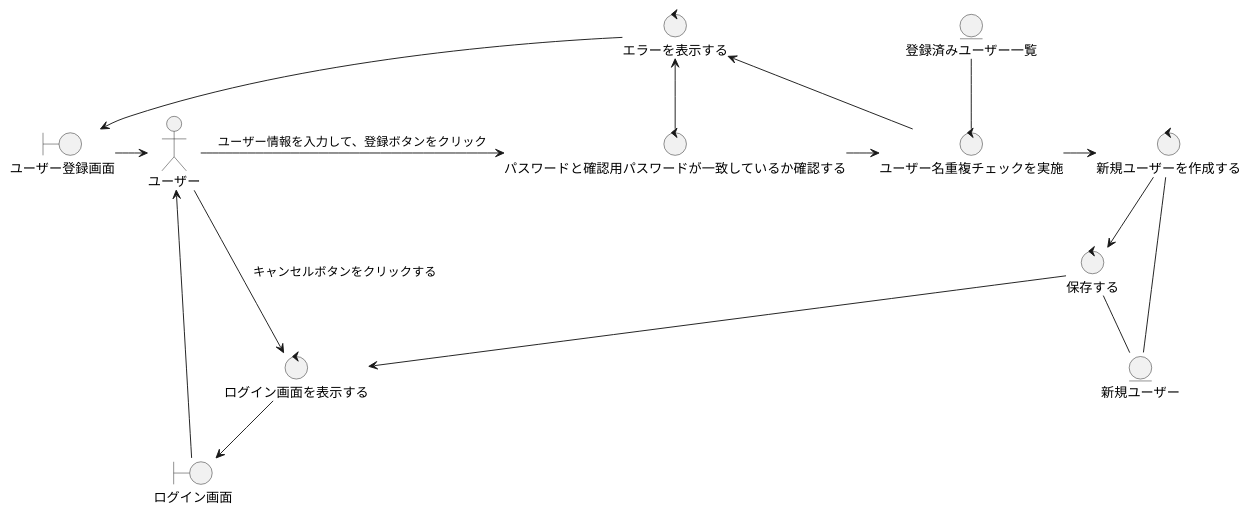
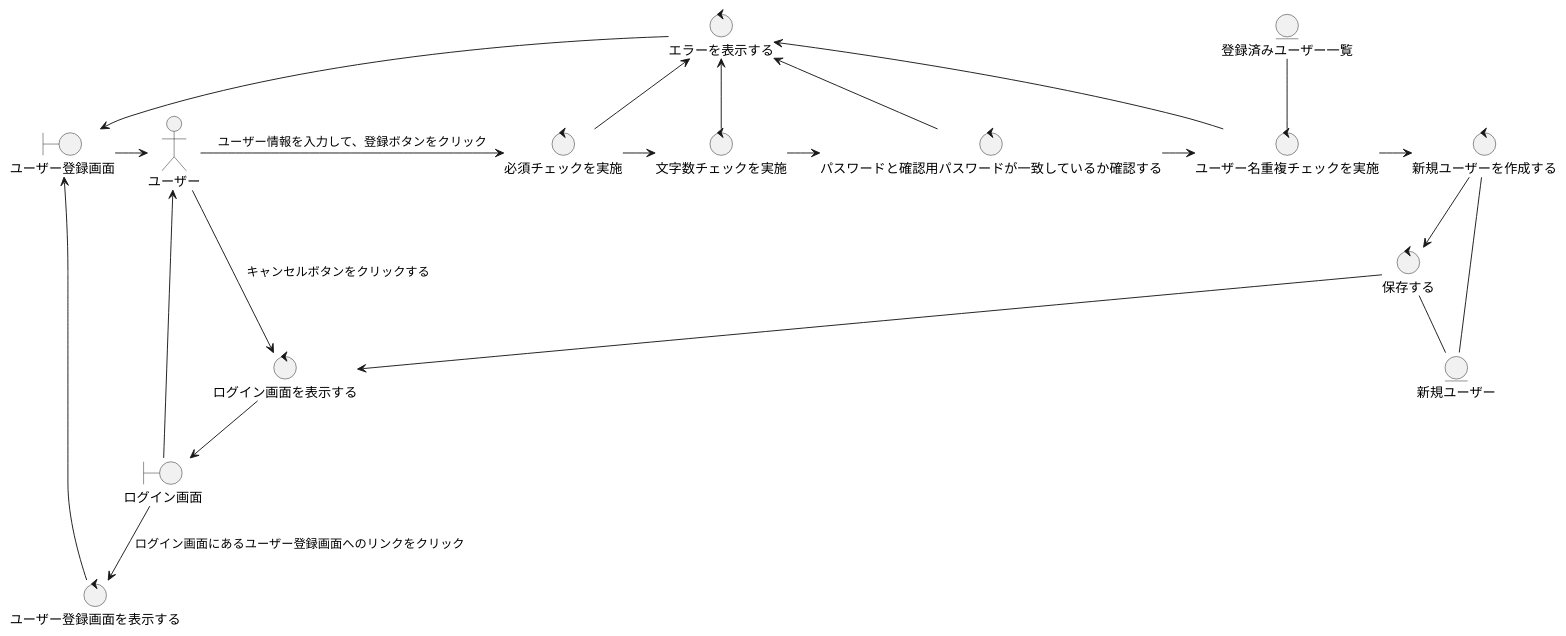
Before and after one commit to CSTSCSTS/UserAp: the diagram in docs/詳細設計/ロバストネス図/ユーザー登録/ユーザー登録する(ロバストネス図).puml, drawn with PlantUML. The commit also changed 1 other file, not shown here.

Commit message:
ユーザー登録のロバストネス図修正を実施

```diff
--- a/docs/詳細設計/ロバストネス図/ユーザー登録/ユーザー登録する(ロバストネス図).puml
+++ b/docs/詳細設計/ロバストネス図/ユーザー登録/ユーザー登録する(ロバストネス図).puml
@@ -1,40 +1,48 @@
 @startuml
 
 actor ユーザー
 
 boundary ログイン画面
 boundary ユーザー登録画面
+control 必須チェックを実施
+control 文字数チェックを実施
 control パスワードと確認用パスワードが一致しているか確認する
 control ユーザー名重複チェックを実施
 control エラーを表示する
 control 新規ユーザーを作成する
 control 保存する
 control エラーを表示する
+control ユーザー登録画面を表示する
 control ログイン画面を表示する
 entity 登録済みユーザー一覧
 entity 新規ユーザー
 
 '基本コース
+ログイン画面 -down-> ユーザー登録画面を表示する: ログイン画面にあるユーザー登録画面へのリンクをクリック
+ユーザー登録画面を表示する -right-> ユーザー登録画面
 ユーザー登録画面 -right-> ユーザー
-ユーザー -right-> パスワードと確認用パスワードが一致しているか確認する: ユーザー情報を入力して、登録ボタンをクリック
+ユーザー -right-> 必須チェックを実施: ユーザー情報を入力して、登録ボタンをクリック
+必須チェックを実施 -right-> 文字数チェックを実施
+文字数チェックを実施 -right-> パスワードと確認用パスワードが一致しているか確認する
 パスワードと確認用パスワードが一致しているか確認する -right-> ユーザー名重複チェックを実施
 ユーザー名重複チェックを実施 -right-> 新規ユーザーを作成する
 新規ユーザーを作成する -down-> 保存する
 保存する -down-> ログイン画面を表示する
 ログイン画面を表示する -down-> ログイン画面
 
 ユーザー名重複チェックを実施 -up- 登録済みユーザー一覧
 新規ユーザーを作成する -- 新規ユーザー
 保存する -- 新規ユーザー
 
 '代替コース
 ユーザー -down-> ログイン画面を表示する: キャンセルボタンをクリックする
 ログイン画面 -left-> ユーザー
 
+必須チェックを実施  -up-> エラーを表示する
+文字数チェックを実施 -up-> エラーを表示する
 パスワードと確認用パスワードが一致しているか確認する -up-> エラーを表示する
-
 ユーザー名重複チェックを実施 -up-> エラーを表示する
 エラーを表示する --> ユーザー登録画面
 
 
 @enduml
```
